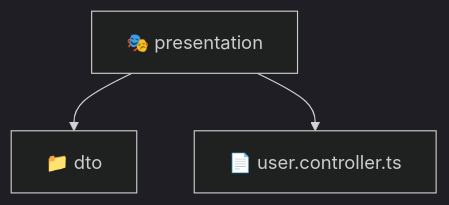
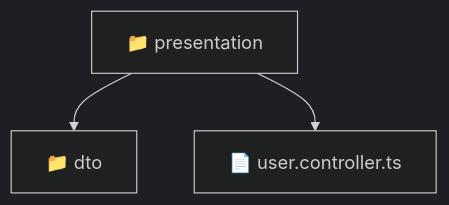
The diagram in backend/src/modules/user/presentation/README.md (beginwebdev2002/fullstack-mavluda), drawn with Mermaid (dark theme) before and after one commit. The commit also changed other lines of this file and 159 other files, not shown here.

````diff
--- a/backend/src/modules/user/presentation/README.md
+++ b/backend/src/modules/user/presentation/README.md
@@ -11,6 +9,6 @@
 ```mermaid
 graph TD
-  presentation["🎭 presentation"]
-  presentation --> presentation_dto["📁 dto"]
-  presentation --> presentation_user_controller_ts["📄 user.controller.ts"]
+  Root["📁 presentation"]
+  Root --> dto["📁 dto"]
+  Root --> user_controller_ts["📄 user.controller.ts"]
 ```
````
